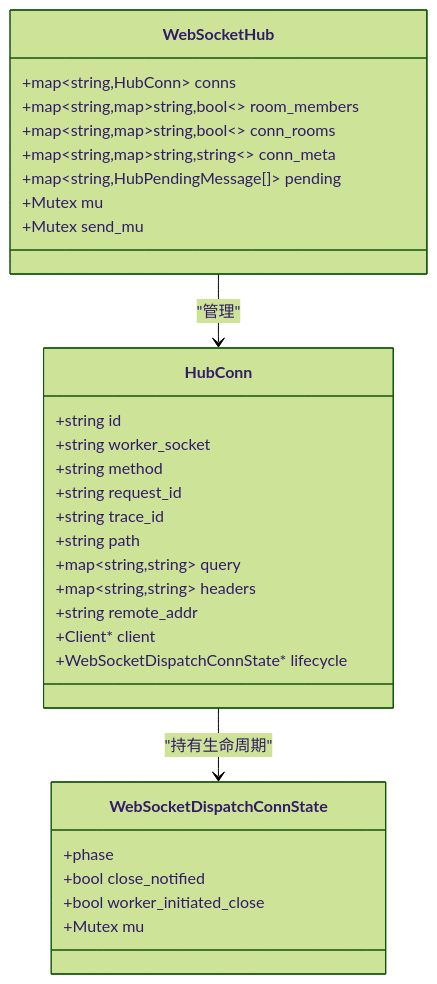
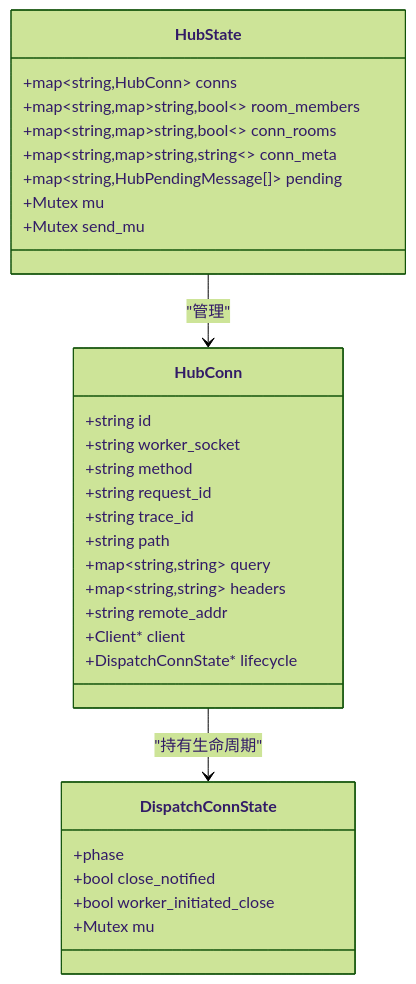
One commit to guweigang/vhttpd changed the third of 8 diagrams in .qoder/repowiki/zh/content/运行时组件/WebSocket 运行时.md. Above: the diagram before and after it, drawn with Mermaid (forest theme). The commit also changed other lines of this file and 54 other files, not shown here.

````diff
--- a/.qoder/repowiki/zh/content/运行时组件/WebSocket 运行时.md
+++ b/.qoder/repowiki/zh/content/运行时组件/WebSocket 运行时.md
@@ -120,33 +136,33 @@
 ```mermaid
 classDiagram
 class HubConn {
 +string id
 +string worker_socket
 +string method
 +string request_id
 +string trace_id
 +string path
 +map~string,string~ query
 +map~string,string~ headers
 +string remote_addr
 +Client* client
-+WebSocketDispatchConnState* lifecycle
++DispatchConnState* lifecycle
 }
-class WebSocketDispatchConnState {
+class DispatchConnState {
 +phase
 +bool close_notified
 +bool worker_initiated_close
 +Mutex mu
 }
-class WebSocketHub {
+class HubState {
 +map~string,HubConn~ conns
 +map~string,map~string,bool~~ room_members
 +map~string,map~string,bool~~ conn_rooms
 +map~string,map~string,string~~ conn_meta
 +map~string,HubPendingMessage[]~ pending
 +Mutex mu
 +Mutex send_mu
 }
-WebSocketHub --> HubConn : "管理"
-HubConn --> WebSocketDispatchConnState : "持有生命周期"
+HubState --> HubConn : "管理"
+HubConn --> DispatchConnState : "持有生命周期"
 ```
````
